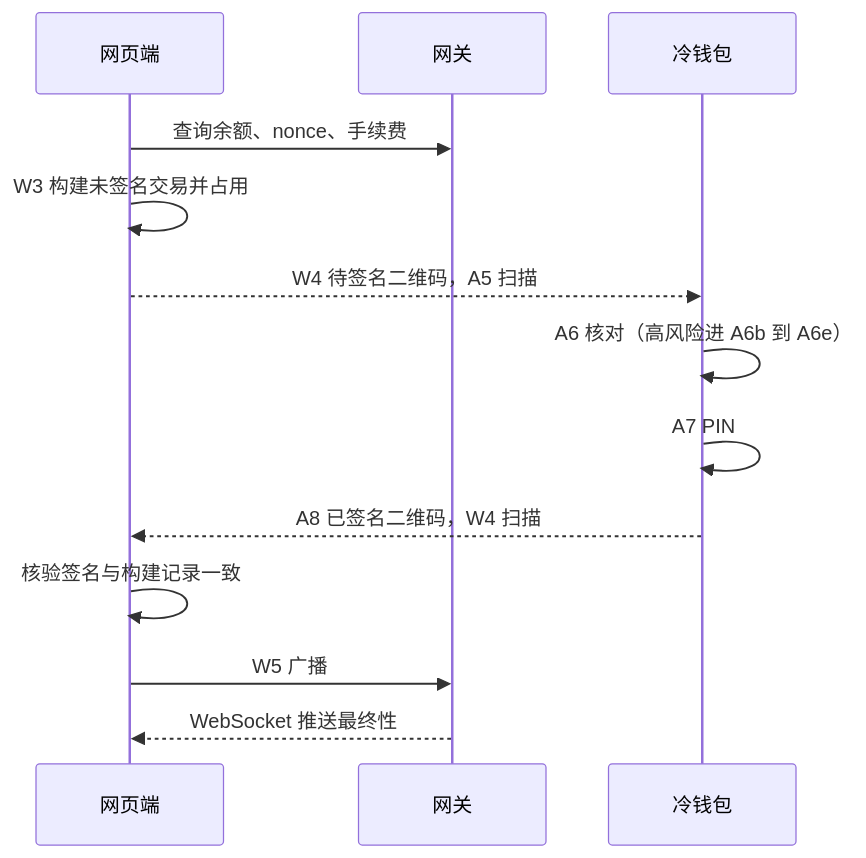
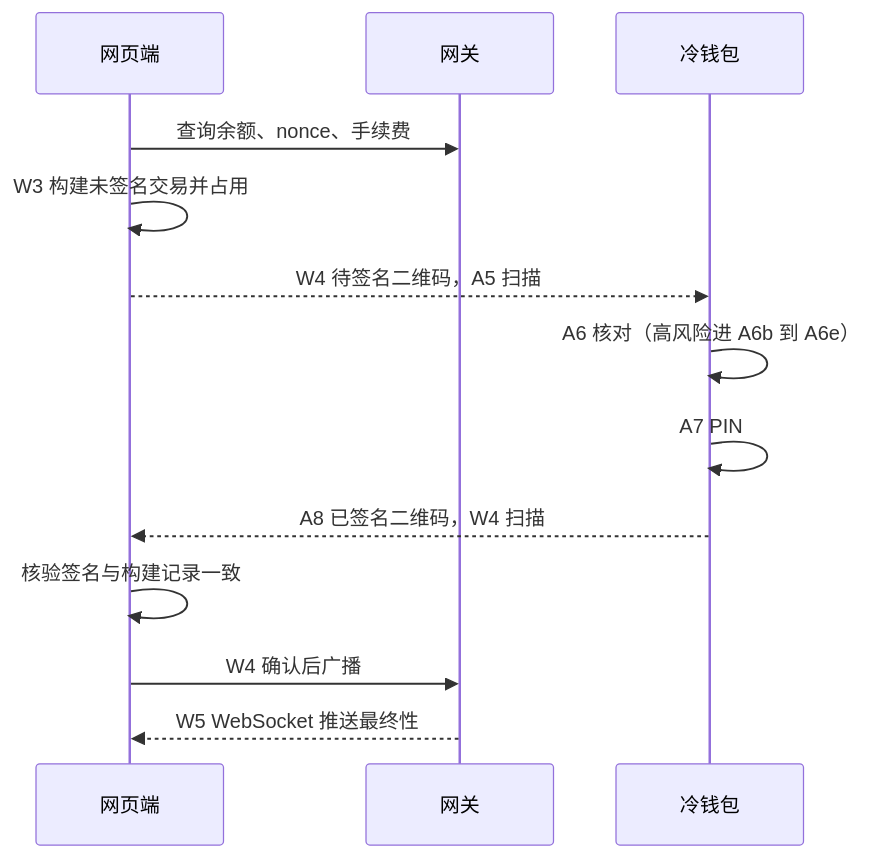
The diagram in docs/02-product.md (ccobcode/bitone), drawn with Mermaid before and after one commit. The commit also changed other lines of this file and 47 other files, not shown here.

````diff
--- a/docs/02-product.md
+++ b/docs/02-product.md
@@ -34,15 +34,15 @@
 ```mermaid
 sequenceDiagram
     participant W as 网页端
     participant G as 网关
     participant A as 冷钱包
     W->>G: 查询余额、nonce、手续费
     W->>W: W3 构建未签名交易并占用
     W-->>A: W4 待签名二维码，A5 扫描
     A->>A: A6 核对（高风险进 A6b 到 A6e）
     A->>A: A7 PIN
     A-->>W: A8 已签名二维码，W4 扫描
     W->>W: 核验签名与构建记录一致
-    W->>G: W5 广播
-    G-->>W: WebSocket 推送最终性
+    W->>G: W4 确认后广播
+    G-->>W: W5 WebSocket 推送最终性
 ```
````
